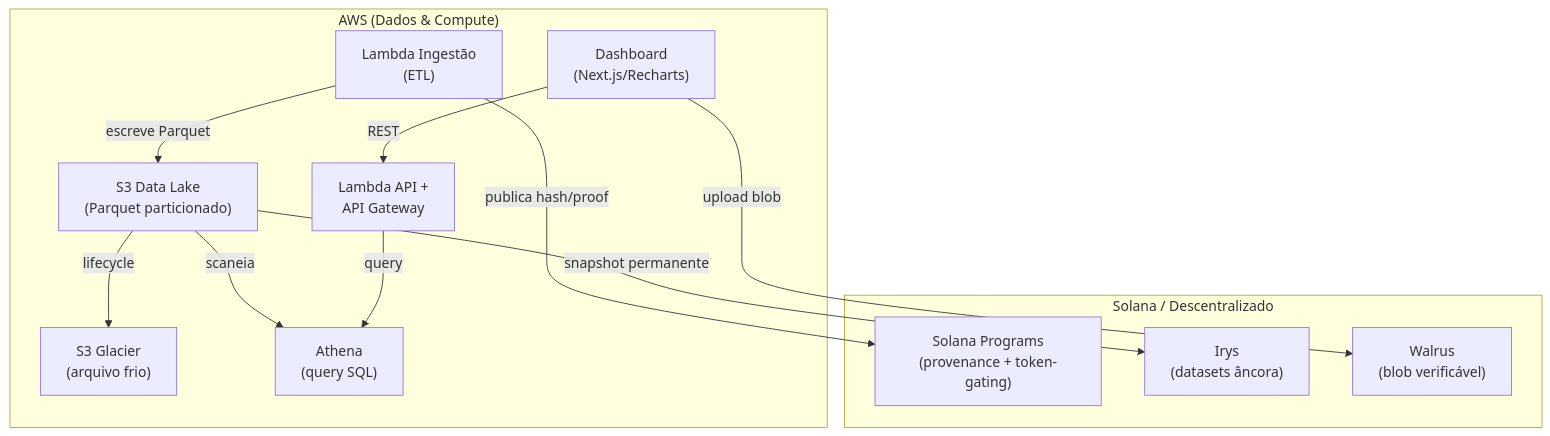
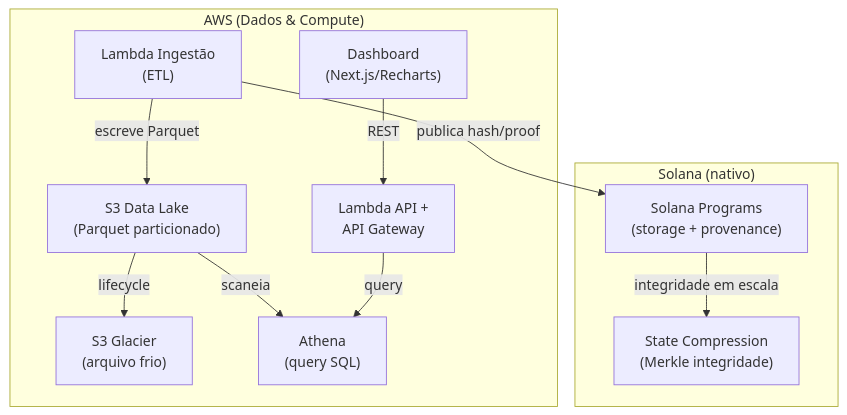
One commit to cesschneider/colosseum-hackathon changed the second of 4 diagrams in docs/architecture/C4-DIAGRAM.md. Above: the diagram before and after it, drawn with Mermaid. The commit also changed other lines of this file and 18 other files, not shown here.

Commit message:
docs: Restringe escopo a Solana NATIVO (remove cross-chain Irys/Walrus); reescreve PRD/stories/plano

````diff
--- a/docs/architecture/C4-DIAGRAM.md
+++ b/docs/architecture/C4-DIAGRAM.md
@@ -36,27 +36,25 @@
 ```mermaid
 flowchart TB
     subgraph AWS["AWS (Dados & Compute)"]
         S3["S3 Data Lake<br/>(Parquet particionado)"]
         Glacier["S3 Glacier<br/>(arquivo frio)"]
         Athena["Athena<br/>(query SQL)"]
         Ingest["Lambda Ingestão<br/>(ETL)"]
         API["Lambda API +<br/>API Gateway"]
         Frontend["Dashboard<br/>(Next.js/Recharts)"]
     end
 
-    subgraph Web3["Solana / Descentralizado"]
-        Chain["Solana Programs<br/>(provenance + token-gating)"]
-        Irys["Irys<br/>(datasets âncora)"]
-        Walrus["Walrus<br/>(blob verificável)"]
+    subgraph Web3["Solana (nativo)"]
+        Chain["Solana Programs<br/>(storage + provenance)"]
+        Compress["State Compression<br/>(Merkle integridade)"]
     end
 
     Ingest -->|"escreve Parquet"| S3
     S3 -->|"lifecycle"| Glacier
     S3 -->|"scaneia"| Athena
     API -->|"query"| Athena
     Frontend -->|"REST"| API
 
     Ingest -->|"publica hash/proof"| Chain
-    S3 -->|"snapshot permanente"| Irys
-    Frontend -->|"upload blob"| Walrus
+    Chain -->|"integridade em escala"| Compress
 ```
````
